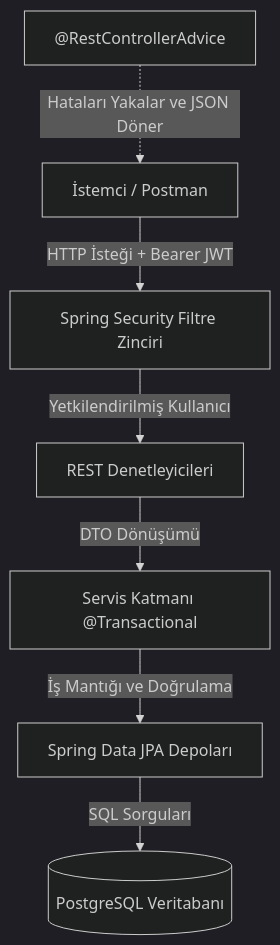
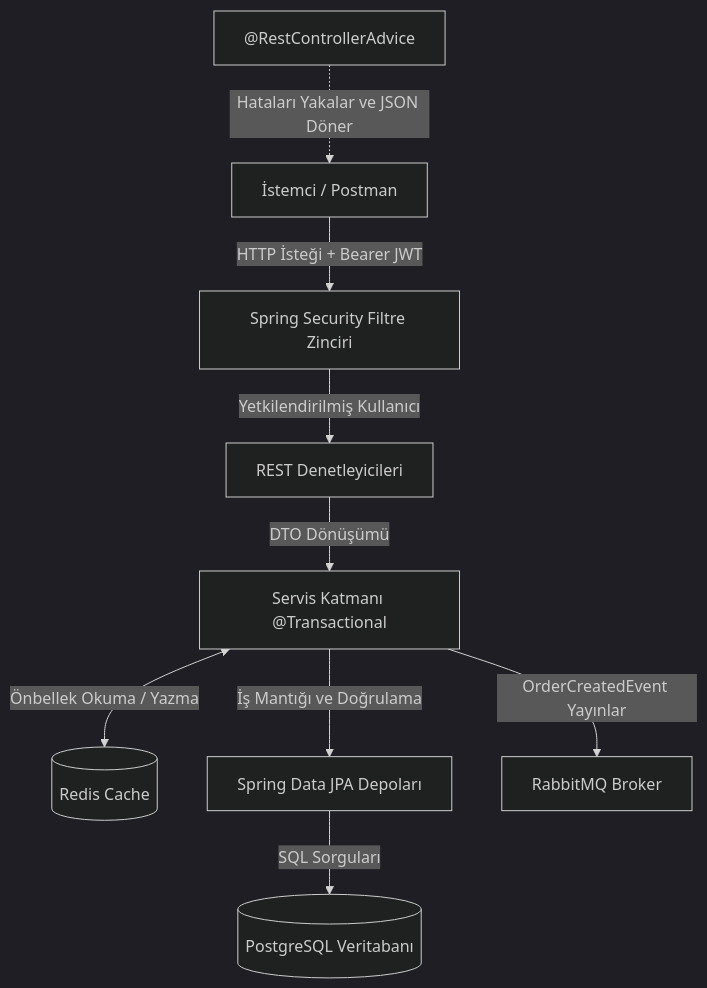
The second of 2 diagrams in README.md (yusufkayiss/ecommerce-core-api), drawn with Mermaid (dark theme) before and after one commit. The commit also changed other lines of this file, not shown here.

First line of the commit message:
Revise README for architecture and tech stack updates

````diff
--- a/README.md
+++ b/README.md
@@ -100,10 +104,14 @@
 ```mermaid
 graph TD
     Client[İstemci / Postman] -->|HTTP İsteği + Bearer JWT| Security[Spring Security Filtre Zinciri]
     Security -->|Yetkilendirilmiş Kullanıcı| Controller[REST Denetleyicileri]
     Controller -->|DTO Dönüşümü| Service["Servis Katmanı @Transactional"]
+    
+    Service <-->|Önbellek Okuma / Yazma| Redis[(Redis Cache)]
     Service -->|İş Mantığı ve Doğrulama| Repo[Spring Data JPA Depoları]
     Repo -->|SQL Sorguları| DB[(PostgreSQL Veritabanı)]
     
+    Service -->|OrderCreatedEvent Yayınlar| Rabbit[RabbitMQ Broker]
+    
     GlobalHandler["@RestControllerAdvice"] -.->|Hataları Yakalar ve JSON Döner| Client
 ```
````
